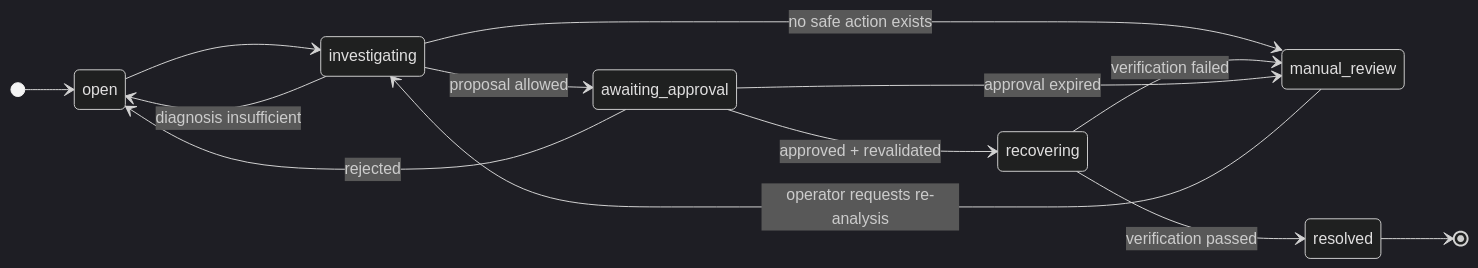
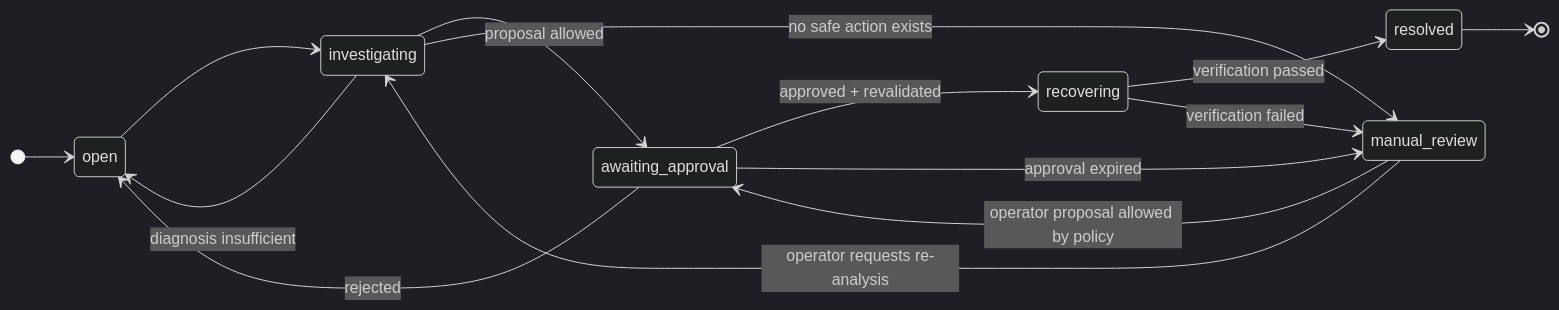
Before and after one commit to Vishwas1345/LabOps-Copilot: the sixth of 8 diagrams in ARCHITECTURE.md, drawn with Mermaid (dark theme). The commit also changed 2 other files, not shown here.

Commit message:
feat(incidents): let an operator's allowed proposal leave manual review
Adds manual_review -> awaiting_approval (ARCHITECTURE §7), agreed in
planning: when the AI's action is blocked or there is none, an operator
can propose one, and it still passes every policy step and needs
approval. A new test pins that recovering is reachable only from
awaiting_approval, and manual_review -> recovering stays forbidden.

````diff
--- a/ARCHITECTURE.md
+++ b/ARCHITECTURE.md
@@ -428,16 +428,17 @@
 ```mermaid
 stateDiagram-v2
   direction LR
   [*] --> open
   open --> investigating
   investigating --> open: diagnosis insufficient
   investigating --> awaiting_approval: proposal allowed
   investigating --> manual_review: no safe action exists
   awaiting_approval --> open: rejected
   awaiting_approval --> recovering: approved + revalidated
   recovering --> resolved: verification passed
   recovering --> manual_review: verification failed
   awaiting_approval --> manual_review: approval expired
   manual_review --> investigating: operator requests re-analysis
+  manual_review --> awaiting_approval: operator proposal allowed by policy
   resolved --> [*]
 ```
````
